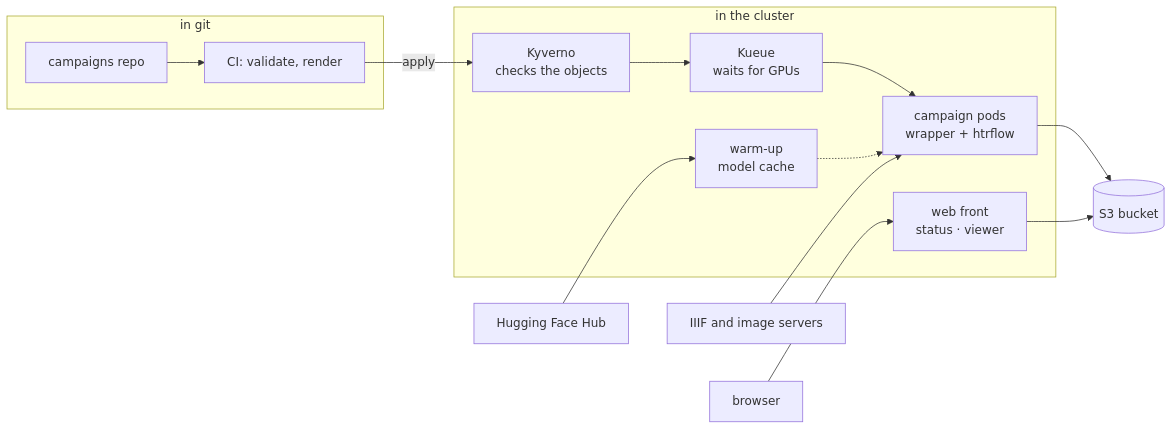
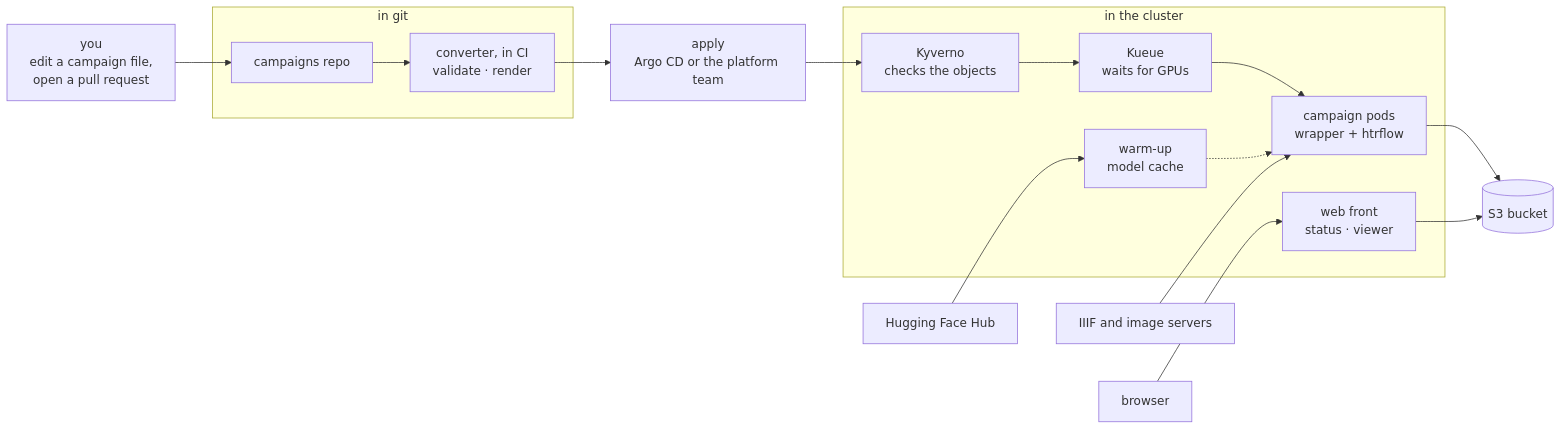
Before and after one commit to AI-Riksarkivet/htrflow-batch: the first of 12 diagrams in docs/slides/part-1-from-one-folder-to-the-archive.md, drawn with Mermaid. The commit also changed other lines of this file and 2 other files, not shown here.

Commit message:
docs(slides): the rough architecture shows the converter and who applies
You edit a campaign file and open a pull request; the converter validates
and renders it in CI; apply is run by Argo CD or the platform team, not by
the person who asked for the run. The closing line says so.

Claude-Session: https://claude.ai/code/session_01HGkpuggZmaB7oiGwzxD1JG

````diff
--- a/docs/slides/part-1-from-one-folder-to-the-archive.md
+++ b/docs/slides/part-1-from-one-folder-to-the-archive.md
@@ -130,21 +130,24 @@
-```mermaid h:470
+```mermaid w:1180
 flowchart LR
+  YOU["you<br/>edit a campaign file,<br/>open a pull request"]
   subgraph GIT["in git"]
-    REPO["campaigns repo"] --> CI["CI: validate, render"]
+    REPO["campaigns repo"] --> CONV["converter, in CI<br/>validate · render"]
   end
+  AP["apply<br/>Argo CD or the platform team"]
   IIIF["IIIF and image servers"]
   HUB["Hugging Face Hub"]
-  YOU["browser"]
+  BR["browser"]
   subgraph K8S["in the cluster"]
     KYV["Kyverno<br/>checks the objects"] --> KUE["Kueue<br/>waits for GPUs"] --> JOB["campaign pods<br/>wrapper + htrflow"]
     WARM["warm-up<br/>model cache"] -.-> JOB
     WEB["web front<br/>status · viewer"]
   end
   S3[("S3 bucket")]
-  CI -->|"apply"| KYV
+  YOU --> REPO
+  CONV --> AP --> KYV
   IIIF --> JOB
   HUB --> WARM
-  YOU --> WEB
+  BR --> WEB
   JOB --> S3
   WEB --> S3
 ```
````
